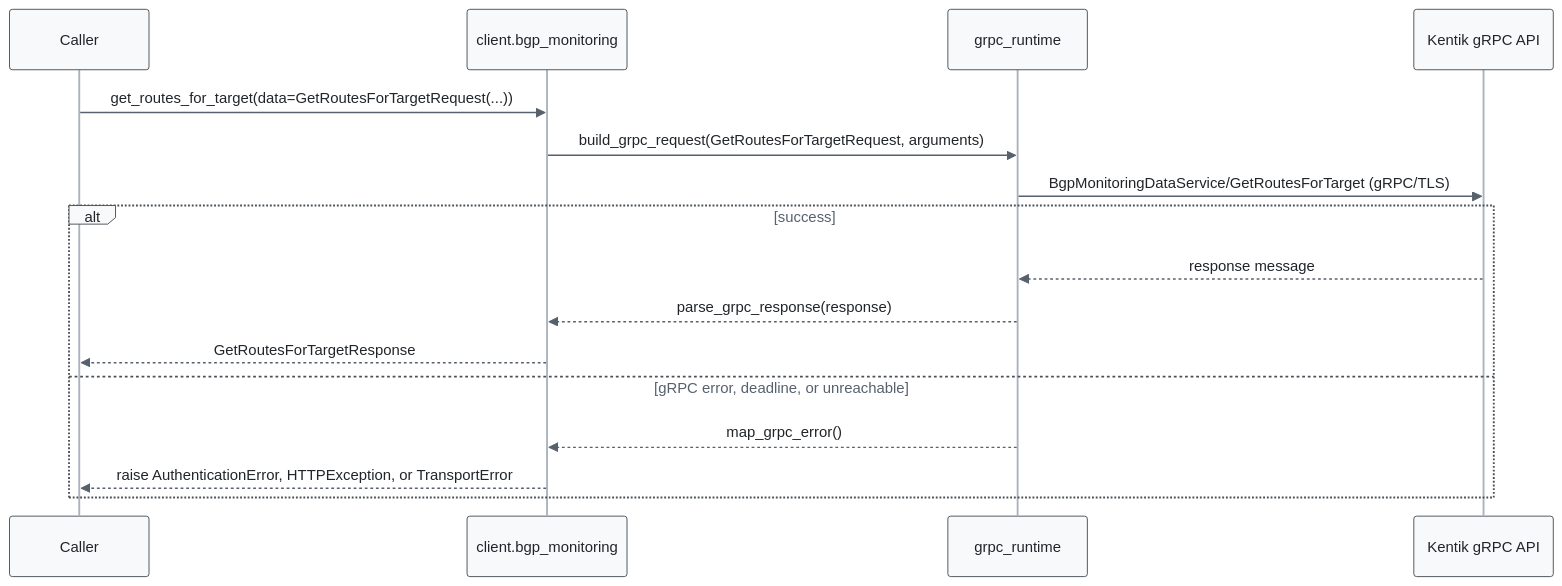
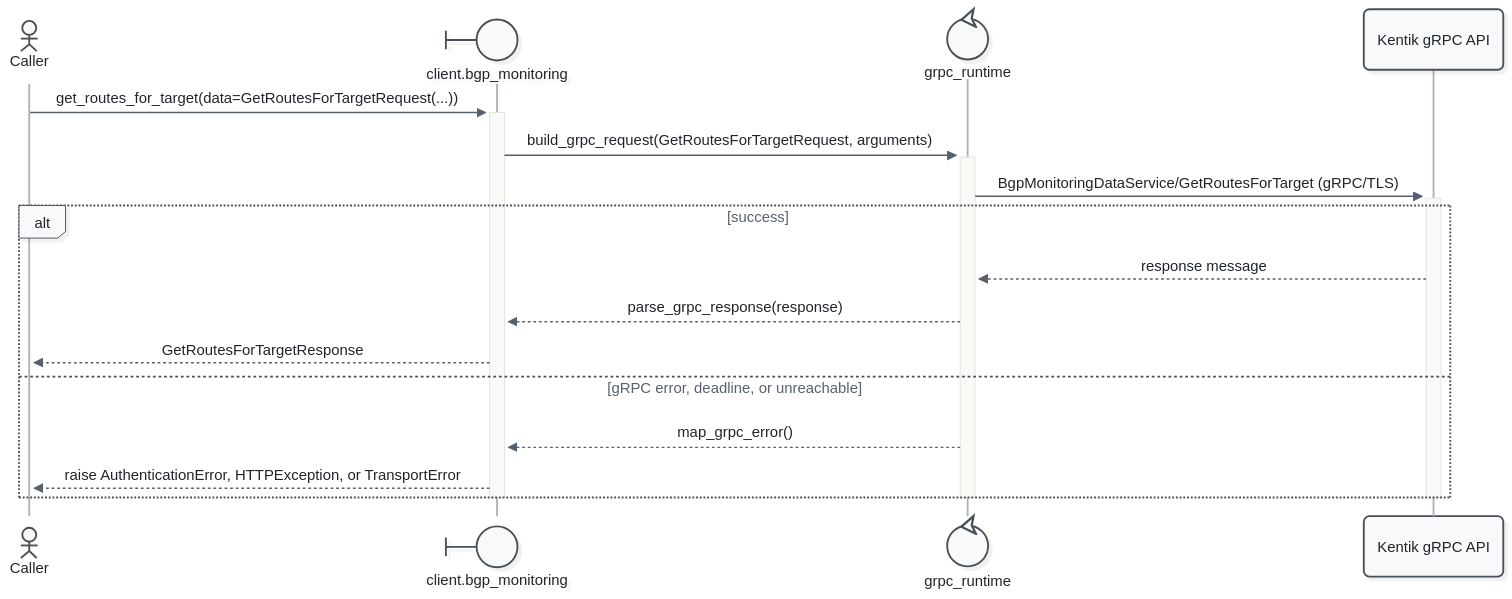
The fourth of 17 diagrams in docs/sphinx/services/bgp_monitoring.md (alexdearaujo/community_sdk_python), drawn with Mermaid before and after one commit. The commit also changed other lines of this file and 52 other files, not shown here.

First line of the commit message:
docs: Mermaid 12 sequence diagrams with participant types and path colors

````diff
--- a/docs/sphinx/services/bgp_monitoring.md
+++ b/docs/sphinx/services/bgp_monitoring.md
@@ -136,20 +143,23 @@
 ```mermaid
-%%{init: {"theme": "base", "fontFamily": "ui-monospace, SFMono-Regular, Menlo, monospace", "themeVariables": {"fontFamily": "ui-monospace, SFMono-Regular, Menlo, monospace", "primaryColor": "#f8f9fa", "primaryBorderColor": "#495057", "primaryTextColor": "#212529", "textColor": "#212529", "lineColor": "#77818c", "edgeLabelBackground": "#ffffff", "actorBkg": "#f8f9fa", "actorBorder": "#495057", "actorTextColor": "#212529", "actorLineColor": "#a9b3be", "signalColor": "#57616d", "signalTextColor": "#212529", "labelBoxBkgColor": "#f8f9fa", "labelBoxBorderColor": "#495057", "labelTextColor": "#212529", "loopTextColor": "#57616d", "noteBkgColor": "#fff9db", "noteBorderColor": "#f08c00", "noteTextColor": "#a35a00"}, "flowchart": {"curve": "step", "nodeSpacing": 30, "rankSpacing": 70, "wrappingWidth": 400}}}%%
+%%{init: {"theme": "redux", "look": "neo", "layout": "dagre", "fontFamily": "ui-monospace, SFMono-Regular, Menlo, monospace", "themeVariables": {"fontFamily": "ui-monospace, SFMono-Regular, Menlo, monospace", "primaryColor": "#f8f9fa", "primaryBorderColor": "#495057", "primaryTextColor": "#212529", "textColor": "#212529", "lineColor": "#77818c", "edgeLabelBackground": "#ffffff", "actorBkg": "#f8f9fa", "actorBorder": "#495057", "actorTextColor": "#212529", "actorLineColor": "#a9b3be", "signalColor": "#57616d", "signalTextColor": "#212529", "labelBoxBkgColor": "#f8f9fa", "labelBoxBorderColor": "#495057", "labelTextColor": "#212529", "loopTextColor": "#57616d", "noteBkgColor": "#fff9db", "noteBorderColor": "#f08c00", "noteTextColor": "#a35a00"}, "sequence": {"activationWidth": 16}, "flowchart": {"curve": "step", "nodeSpacing": 30, "rankSpacing": 70, "wrappingWidth": 400}}}%%
 sequenceDiagram
-    participant C as Caller
-    participant W as client.bgp_monitoring
-    participant R as grpc_runtime
+    actor C as Caller
+    participant W@{ "type": "boundary" } as client.bgp_monitoring
+    participant R@{ "type": "control" } as grpc_runtime
     participant API as Kentik gRPC API
 
-    C->>W: get_routes_for_target(data=GetRoutesForTargetRequest(...))
-    W->>R: build_grpc_request(GetRoutesForTargetRequest, arguments)
-    R->>API: BgpMonitoringDataService/GetRoutesForTarget (gRPC/TLS)
+    C->>+W: get_routes_for_target(data=GetRoutesForTargetRequest(...))
+    W->>+R: build_grpc_request(GetRoutesForTargetRequest, arguments)
+    R->>+API: BgpMonitoringDataService/GetRoutesForTarget (gRPC/TLS)
     alt success
         API-->>R: response message
         R-->>W: parse_grpc_response(response)
         W-->>C: GetRoutesForTargetResponse
     else gRPC error, deadline, or unreachable
         R-->>W: map_grpc_error()
         W-->>C: raise AuthenticationError, HTTPException, or TransportError
     end
+    deactivate API
+    deactivate R
+    deactivate W
 ```
````
